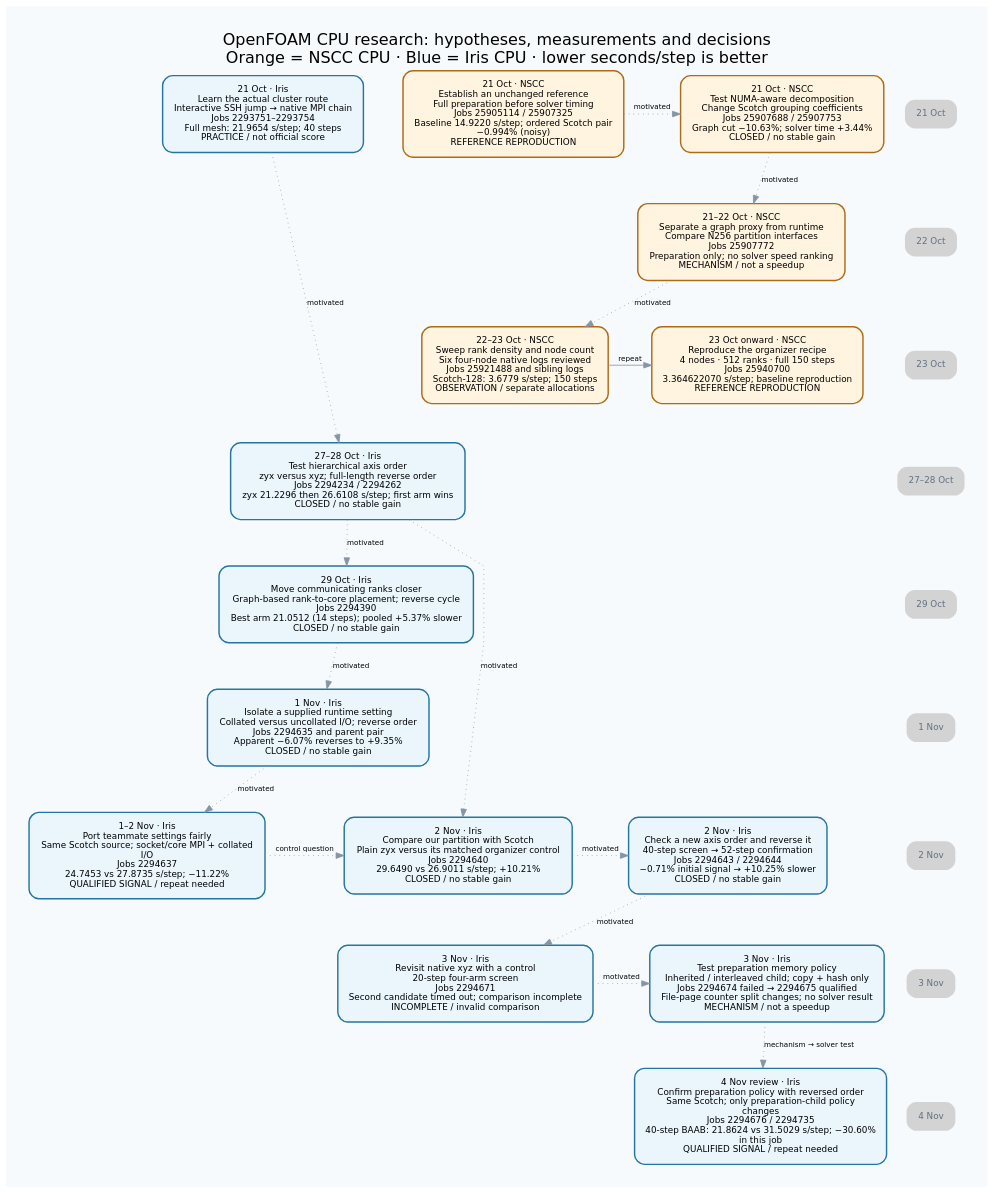
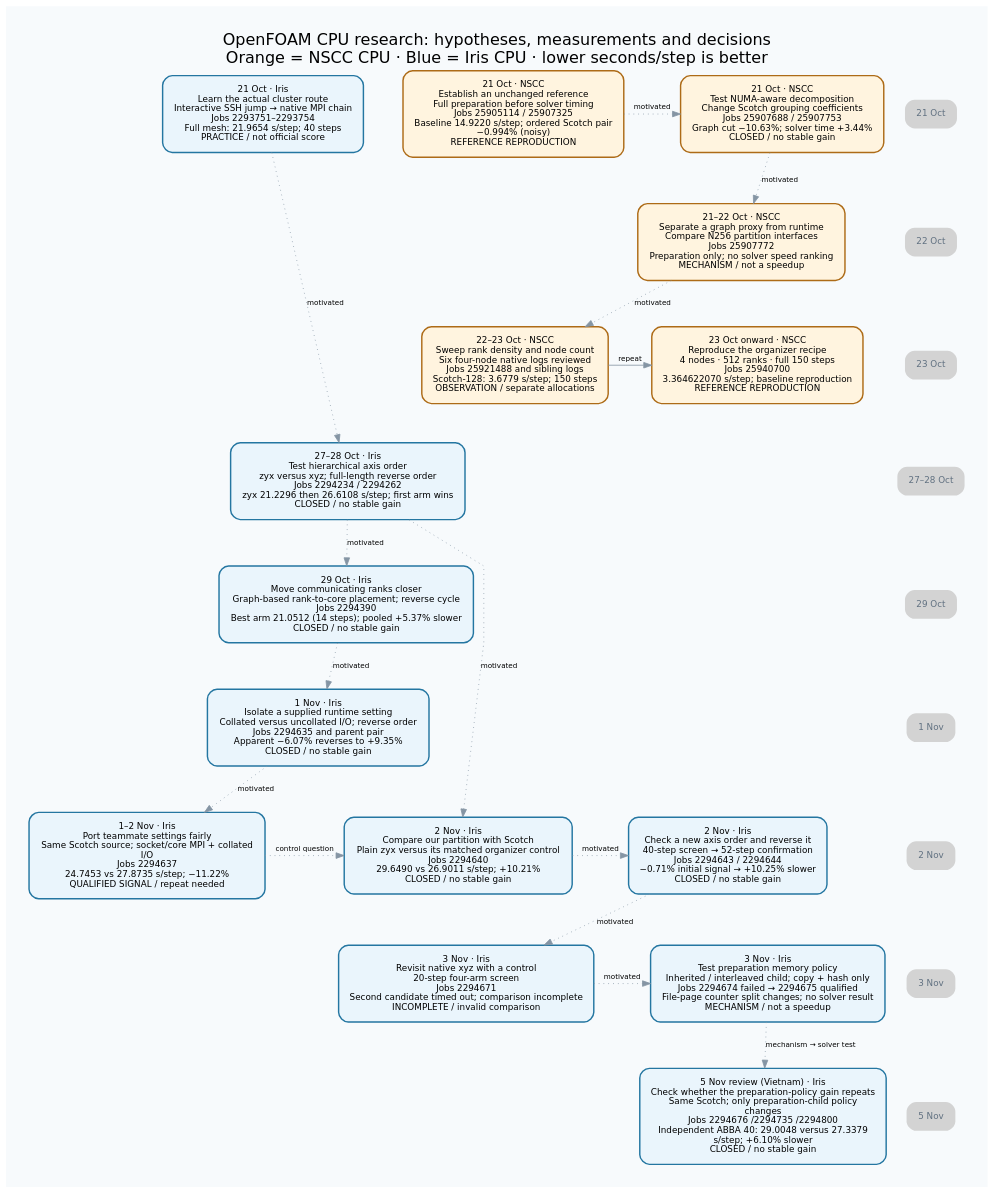
Before and after one commit to trungdangtapcode/apac-hpc-ai-2026: the diagram in workspace/reports/hpc-run-lineage-20261104/journey.dot, drawn with Graphviz. The commit also changed 30 other files, not shown here.

Commit message:
docs(hpc): show independent confirmation loss in hosted numeric results

```diff
--- a/workspace/reports/hpc-run-lineage-20261104/journey.dot
+++ b/workspace/reports/hpc-run-lineage-20261104/journey.dot
@@ -1,66 +1,66 @@
 digraph hpc {
 graph [rankdir=TB,bgcolor="#f7fafc",pad="0.4",nodesep="0.35",ranksep="0.65",splines=polyline,fontname="DejaVu Sans",fontsize=20,label="OpenFOAM CPU research: hypotheses, measurements and decisions\nOrange = NSCC CPU · Blue = Iris CPU · lower seconds/step is better",labelloc=t];
 node [shape=box,style="rounded,filled",fontname="DejaVu Sans",fontsize=11,margin="0.20,0.16"];
 edge [color="#8595a4",fontname="DejaVu Sans",fontsize=9];
 "access" [label="21 Oct · Iris\nLearn the actual cluster route\nInteractive SSH jump → native MPI chain\nJobs 2293751–2293754\nFull mesh: 21.9654 s/step; 40 steps\nPRACTICE / not official score",color="#2476a1",fillcolor="#eaf5fc",penwidth=1.8,URL="../../../workspace/reports/hpc-research-journey-20261023/JOURNEY.md",tooltip="Full mesh: 21.9654 s/step; 40 steps | PRACTICE / not official score"];
 "baseline" [label="21 Oct · NSCC\nEstablish an unchanged reference\nFull preparation before solver timing\nJobs 25905114 / 25907325\nBaseline 14.9220 s/step; ordered Scotch pair\n−0.994% (noisy)\nREFERENCE REPRODUCTION",color="#ad6b17",fillcolor="#fff4df",penwidth=1.8,URL="../../../workspace/reports/hpc-research-journey-20261023/JOURNEY.md",tooltip="Baseline 14.9220 s/step; ordered Scotch pair −0.994% (noisy) | REFERENCE REPRODUCTION"];
 "numa" [label="21 Oct · NSCC\nTest NUMA-aware decomposition\nChange Scotch grouping coefficients\nJobs 25907688 / 25907753\nGraph cut −10.63%; solver time +3.44%\nCLOSED / no stable gain",color="#ad6b17",fillcolor="#fff4df",penwidth=1.8,URL="../../../workspace/reports/hpc-research-journey-20261023/JOURNEY.md",tooltip="Graph cut −10.63%; solver time +3.44% | CLOSED / no stable gain"];
 "graph" [label="21–22 Oct · NSCC\nSeparate a graph proxy from runtime\nCompare N256 partition interfaces\nJobs 25907772\nPreparation only; no solver speed ranking\nMECHANISM / not a speedup",color="#ad6b17",fillcolor="#fff4df",penwidth=1.8,URL="../../../workspace/reports/hpc-research-journey-20261023/JOURNEY.md",tooltip="Preparation only; no solver speed ranking | MECHANISM / not a speedup"];
 "density" [label="22–23 Oct · NSCC\nSweep rank density and node count\nSix four-node native logs reviewed\nJobs 25921488 and sibling logs\nScotch-128: 3.6779 s/step; 150 steps\nOBSERVATION / separate allocations",color="#ad6b17",fillcolor="#fff4df",penwidth=1.8,URL="../../../workspace/reports/hpc-research-journey-20261023/JOURNEY.md",tooltip="Scotch-128: 3.6779 s/step; 150 steps | OBSERVATION / separate allocations"];
 "confirm" [label="23 Oct onward · NSCC\nReproduce the organizer recipe\n4 nodes · 512 ranks · full 150 steps\nJobs 25940700\n3.364622070 s/step; baseline reproduction\nREFERENCE REPRODUCTION",color="#ad6b17",fillcolor="#fff4df",penwidth=1.8,URL="../../../workspace/notes/HPC_CURRENT.md",tooltip="3.364622070 s/step; baseline reproduction | REFERENCE REPRODUCTION"];
 "order" [label="27–28 Oct · Iris\nTest hierarchical axis order\nzyx versus xyz; full-length reverse order\nJobs 2294234 / 2294262\nzyx 21.2296 then 26.6108 s/step; first arm wins\nCLOSED / no stable gain",color="#2476a1",fillcolor="#eaf5fc",penwidth=1.8,URL="../../../workspace/reports/hpc-own-research-status-20261102/README.md",tooltip="zyx 21.2296 then 26.6108 s/step; first arm wins | CLOSED / no stable gain"];
 "place" [label="29 Oct · Iris\nMove communicating ranks closer\nGraph-based rank-to-core placement; reverse cycle\nJobs 2294390\nBest arm 21.0512 (14 steps); pooled +5.37% slower\nCLOSED / no stable gain",color="#2476a1",fillcolor="#eaf5fc",penwidth=1.8,URL="../../../2026-APAC-HPC-AI/hpc-experiments/iris-graphmap-reverse-20261029/completed-2294390/RESULTS.md",tooltip="Best arm 21.0512 (14 steps); pooled +5.37% slower | CLOSED / no stable gain"];
 "io" [label="1 Nov · Iris\nIsolate a supplied runtime setting\nCollated versus uncollated I/O; reverse order\nJobs 2294635 and parent pair\nApparent −6.07% reverses to +9.35%\nCLOSED / no stable gain",color="#2476a1",fillcolor="#eaf5fc",penwidth=1.8,URL="../../../workspace/reports/hpc-own-research-status-20261102/README.md",tooltip="Apparent −6.07% reverses to +9.35% | CLOSED / no stable gain"];
 "team" [label="1–2 Nov · Iris\nPort teammate settings fairly\nSame Scotch source; socket/core MPI + collated\nI/O\nJobs 2294637\n24.7453 vs 27.8735 s/step; −11.22%\nQUALIFIED SIGNAL / repeat needed",color="#2476a1",fillcolor="#eaf5fc",penwidth=1.8,URL="../../../workspace/reports/hpc-iris-comparison-20261103/README.md",tooltip="24.7453 vs 27.8735 s/step; −11.22% | QUALIFIED SIGNAL / repeat needed"];
 "zyx" [label="2 Nov · Iris\nCompare our partition with Scotch\nPlain zyx versus its matched organizer control\nJobs 2294640\n29.6490 vs 26.9011 s/step; +10.21%\nCLOSED / no stable gain",color="#2476a1",fillcolor="#eaf5fc",penwidth=1.8,URL="../../../workspace/reports/hpc-iris-comparison-20261103/README.md",tooltip="29.6490 vs 26.9011 s/step; +10.21% | CLOSED / no stable gain"];
 "xzy" [label="2 Nov · Iris\nCheck a new axis order and reverse it\n40-step screen → 52-step confirmation\nJobs 2294643 / 2294644\n−0.71% initial signal → +10.25% slower\nCLOSED / no stable gain",color="#2476a1",fillcolor="#eaf5fc",penwidth=1.8,URL="../../../workspace/reports/hpc-iris-comparison-20261103/README.md",tooltip="−0.71% initial signal → +10.25% slower | CLOSED / no stable gain"];
 "xyz" [label="3 Nov · Iris\nRevisit native xyz with a control\n20-step four-arm screen\nJobs 2294671\nSecond candidate timed out; comparison incomplete\nINCOMPLETE / invalid comparison",color="#2476a1",fillcolor="#eaf5fc",penwidth=1.8,URL="../../../workspace/reports/hpc-iris-comparison-20261103/README.md",tooltip="Second candidate timed out; comparison incomplete | INCOMPLETE / invalid comparison"];
 "prep" [label="3 Nov · Iris\nTest preparation memory policy\nInherited / interleaved child; copy + hash only\nJobs 2294674 failed → 2294675 qualified\nFile-page counter split changes; no solver result\nMECHANISM / not a speedup",color="#2476a1",fillcolor="#eaf5fc",penwidth=1.8,URL="../../../workspace/reports/hpc-iris-comparison-20261103/README.md",tooltip="File-page counter split changes; no solver result | MECHANISM / not a speedup"];
-"native" [label="4 Nov review · Iris\nConfirm preparation policy with reversed order\nSame Scotch; only preparation-child policy\nchanges\nJobs 2294676 / 2294735\n40-step BAAB: 21.8624 vs 31.5029 s/step; −30.60%\nin this job\nQUALIFIED SIGNAL / repeat needed",color="#2476a1",fillcolor="#eaf5fc",penwidth=1.8,URL="../../../2026-APAC-HPC-AI/hpc-experiments/iris-preparation-reverse40-20261104/completed-2294735/RESULTS.md",tooltip="40-step BAAB: 21.8624 vs 31.5029 s/step; −30.60% in this job | QUALIFIED SIGNAL / repeat needed"];
+"native" [label="5 Nov review (Vietnam) · Iris\nCheck whether the preparation-policy gain repeats\nSame Scotch; only preparation-child policy\nchanges\nJobs 2294676 /2294735 /2294800\nIndependent ABBA 40: 29.0048 versus 27.3379\ns/step; +6.10% slower\nCLOSED / no stable gain",color="#2476a1",fillcolor="#eaf5fc",penwidth=1.8,URL="../../../2026-APAC-HPC-AI/hpc-experiments/iris-preparation-repeat40-20261104/completed-2294800/RESULTS.md",tooltip="Independent ABBA 40: 29.0048 versus 27.3379 s/step; +6.10% slower | CLOSED / no stable gain"];
 "access" -> "order" [constraint=false,style=dotted,label="motivated"];
 "baseline" -> "numa" [constraint=false,style=dotted,label="motivated"];
 "numa" -> "graph" [constraint=false,style=dotted,label="motivated"];
 "graph" -> "density" [constraint=false,style=dotted,label="motivated"];
 "density" -> "confirm" [constraint=false,style=solid,label="repeat"];
 "order" -> "place" [constraint=false,style=dotted,label="motivated"];
 "place" -> "io" [constraint=false,style=dotted,label="motivated"];
 "io" -> "team" [constraint=false,style=dotted,label="motivated"];
 "order" -> "zyx" [constraint=false,style=dotted,label="motivated"];
 "team" -> "zyx" [constraint=false,style=dotted,label="control question"];
 "zyx" -> "xzy" [constraint=false,style=dotted,label="motivated"];
 "xzy" -> "xyz" [constraint=false,style=dotted,label="motivated"];
 "xyz" -> "prep" [constraint=false,style=dotted,label="motivated"];
 "prep" -> "native" [constraint=false,style=dotted,label="mechanism → solver test"];
 date0 [shape=plaintext,label="21 Oct",fontcolor="#607080"];
 {rank=same;date0;"access";"baseline";"numa";}
 "access" -> "baseline" [style=invis,weight=10];
 "baseline" -> "numa" [style=invis,weight=10];
 date1 [shape=plaintext,label="22 Oct",fontcolor="#607080"];
 {rank=same;date1;"graph";}
 date0 -> date1 [style=invis,weight=100];
 date2 [shape=plaintext,label="23 Oct",fontcolor="#607080"];
 {rank=same;date2;"density";"confirm";}
 "density" -> "confirm" [style=invis,weight=10];
 date1 -> date2 [style=invis,weight=100];
 date3 [shape=plaintext,label="27–28 Oct",fontcolor="#607080"];
 {rank=same;date3;"order";}
 date2 -> date3 [style=invis,weight=100];
 date4 [shape=plaintext,label="29 Oct",fontcolor="#607080"];
 {rank=same;date4;"place";}
 date3 -> date4 [style=invis,weight=100];
 date5 [shape=plaintext,label="1 Nov",fontcolor="#607080"];
 {rank=same;date5;"io";}
 date4 -> date5 [style=invis,weight=100];
 date6 [shape=plaintext,label="2 Nov",fontcolor="#607080"];
 {rank=same;date6;"team";"zyx";"xzy";}
 "team" -> "zyx" [style=invis,weight=10];
 "zyx" -> "xzy" [style=invis,weight=10];
 date5 -> date6 [style=invis,weight=100];
 date7 [shape=plaintext,label="3 Nov",fontcolor="#607080"];
 {rank=same;date7;"xyz";"prep";}
 "xyz" -> "prep" [style=invis,weight=10];
 date6 -> date7 [style=invis,weight=100];
-date8 [shape=plaintext,label="4 Nov",fontcolor="#607080"];
+date8 [shape=plaintext,label="5 Nov",fontcolor="#607080"];
 {rank=same;date8;"native";}
 date7 -> date8 [style=invis,weight=100];
 }
```
